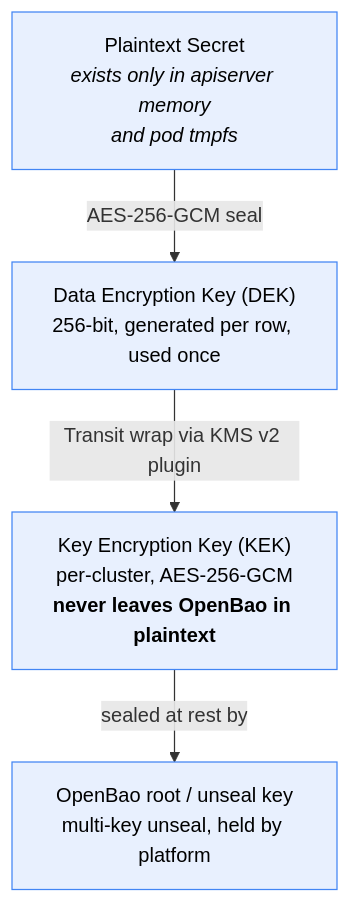
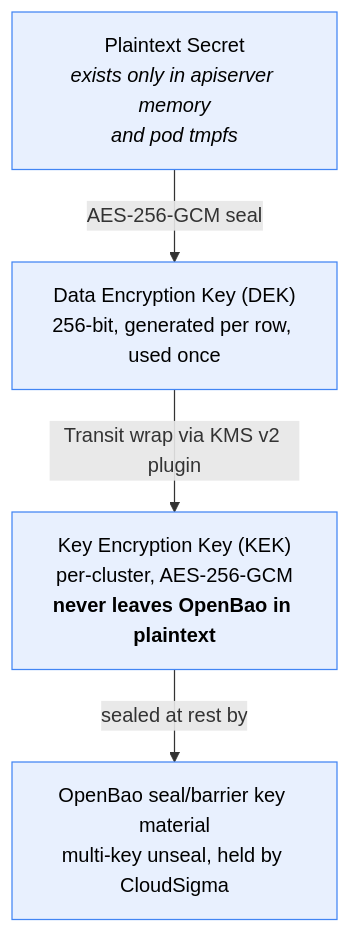
Before and after one commit to cs-3pp/kubernetes-cluster: the sixth of 7 diagrams in docs/managed-kubernetes-datasheet.md, drawn with Mermaid. The commit also changed other lines of this file, not shown here.

````diff
--- a/docs/managed-kubernetes-datasheet.md
+++ b/docs/managed-kubernetes-datasheet.md
@@ -515,14 +508,14 @@
 ```mermaid
 flowchart TB
     P["Plaintext Secret<br/><i>exists only in apiserver memory<br/>and pod tmpfs</i>"]
     D["Data Encryption Key (DEK)<br/>256-bit, generated per row, used once"]
     K["Key Encryption Key (KEK)<br/>per-cluster, AES-256-GCM<br/><b>never leaves OpenBao in plaintext</b>"]
-    R["OpenBao root / unseal key<br/>multi-key unseal, held by platform"]
+    R["OpenBao seal/barrier key material<br/>multi-key unseal, held by CloudSigma"]
 
     P -->|"AES-256-GCM seal"| D
     D -->|"Transit wrap via KMS v2 plugin"| K
     K -->|"sealed at rest by"| R
 
     classDef l fill:#e8f0fe,stroke:#4285f4,color:#000
     class P,D,K,R l
 ```
````
